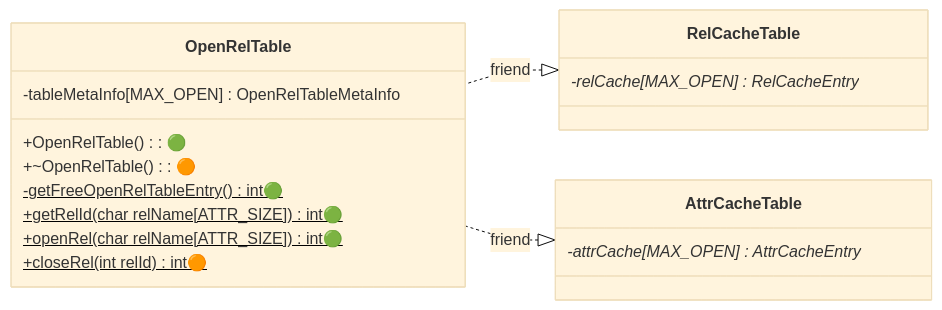
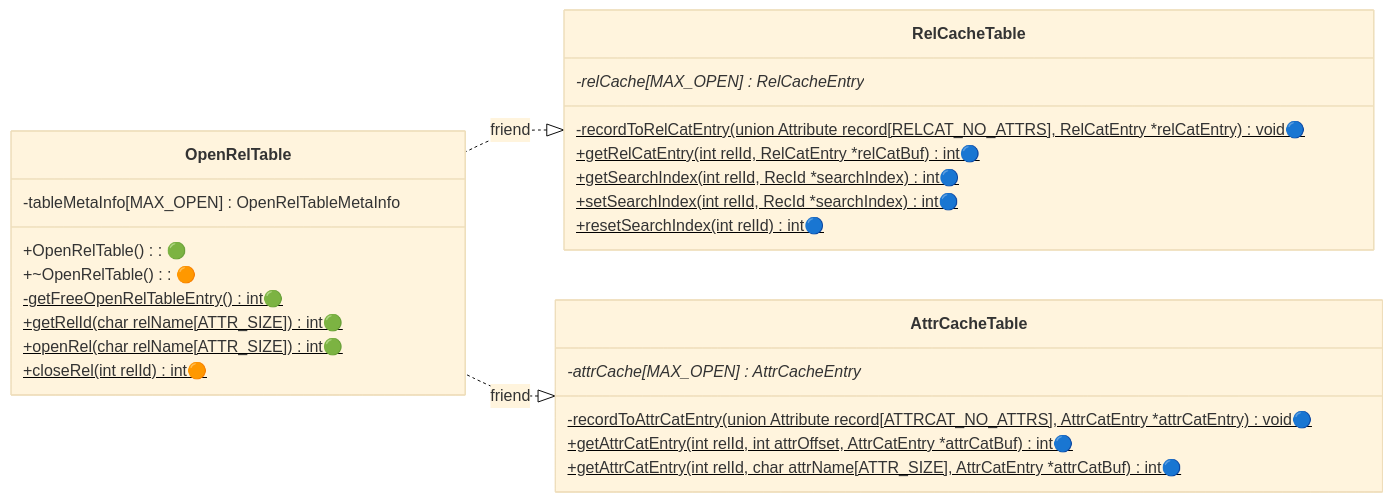
The third of 3 diagrams in docs/Roadmap/Stage05.md (NITCbase/nitcbase.github.io), drawn with Mermaid (base theme) before and after one commit. The commit also changed other lines of this file and 3 other files, not shown here.

````diff
--- a/docs/Roadmap/Stage05.md
+++ b/docs/Roadmap/Stage05.md
@@ -78,22 +102,30 @@
 ```mermaid
 classDiagram
 direction RL
   RelCacheTable <|.. OpenRelTable : friend
   AttrCacheTable <|.. OpenRelTable : friend
   class RelCacheTable{
     -relCache[MAX_OPEN] : RelCacheEntry*
+    -recordToRelCatEntry(union Attribute record[RELCAT_NO_ATTRS], RelCatEntry *relCatEntry)$ void🔵
+    +getRelCatEntry(int relId, RelCatEntry *relCatBuf)$ int🔵
+    +getSearchIndex(int relId, RecId *searchIndex)$ int🔵
+    +setSearchIndex(int relId, RecId *searchIndex)$ int🔵
+    +resetSearchIndex(int relId)$ int🔵
   }
   class AttrCacheTable{
     -attrCache[MAX_OPEN] : AttrCacheEntry*
+    -recordToAttrCatEntry(union Attribute record[ATTRCAT_NO_ATTRS], AttrCatEntry *attrCatEntry)$ void🔵
+    +getAttrCatEntry(int relId, int attrOffset, AttrCatEntry *attrCatBuf)$ int🔵
+    +getAttrCatEntry(int relId, char attrName[ATTR_SIZE], AttrCatEntry *attrCatBuf)$ int🔵
   }
   class OpenRelTable{
     -tableMetaInfo[MAX_OPEN] : OpenRelTableMetaInfo
     +OpenRelTable(): 🟢
     +~OpenRelTable(): 🟠
     -getFreeOpenRelTableEntry()$ int🟢
     +getRelId(char relName[ATTR_SIZE])$ int🟢
     +openRel(char relName[ATTR_SIZE])$ int🟢
     +closeRel(int relId)$ int🟠
   }
 
 ```
````
